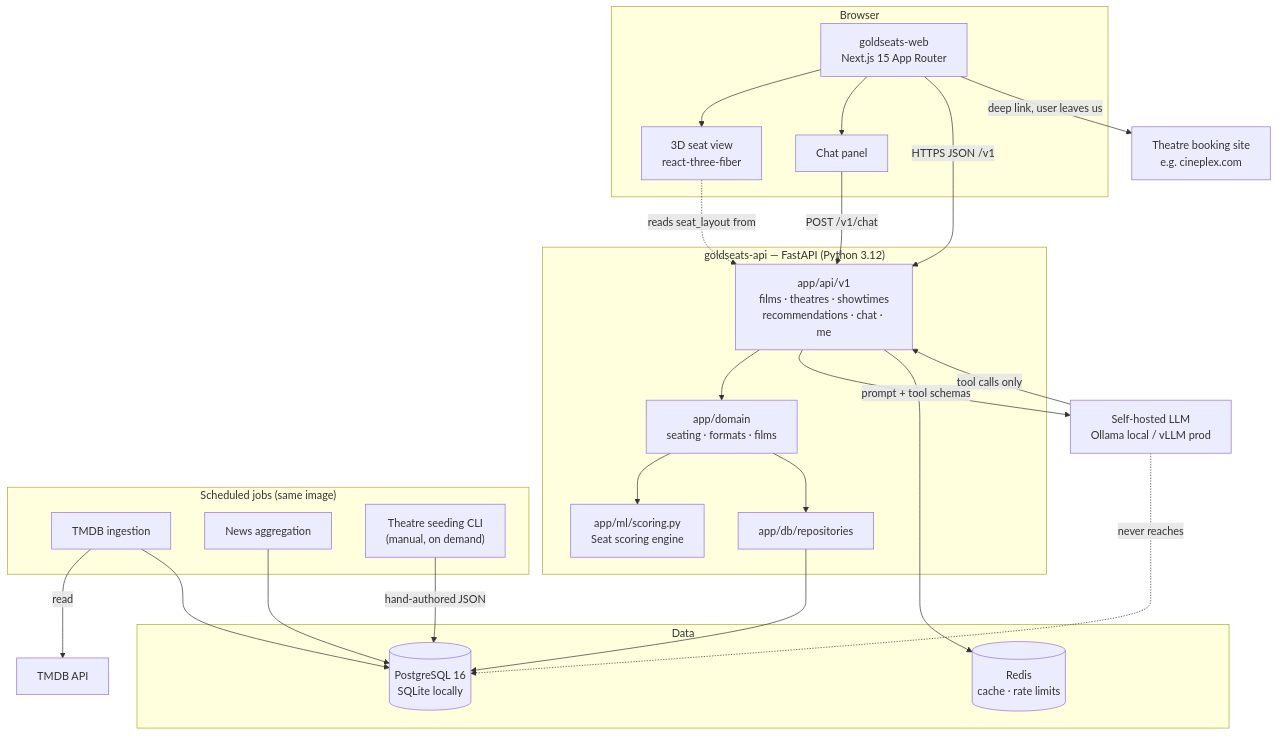
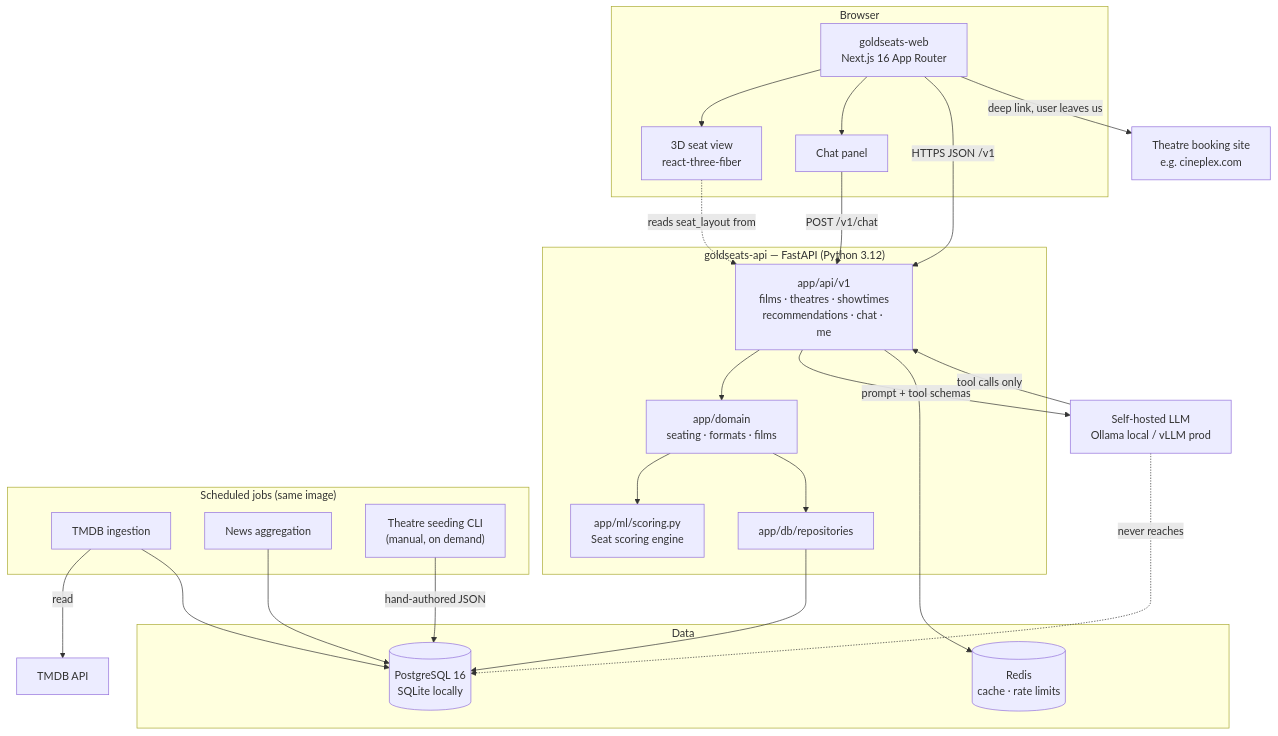
The first of 2 diagrams in architecture/overview.md (Irukkai/goldseats-docs), drawn with Mermaid before and after one commit. The commit also changed other lines of this file and 17 other files, not shown here.

````diff
--- a/architecture/overview.md
+++ b/architecture/overview.md
@@ -14,51 +14,51 @@
 ```mermaid
 flowchart TD
   subgraph client["Browser"]
-    web["goldseats-web<br/>Next.js 15 App Router"]
+    web["goldseats-web<br/>Next.js 16 App Router"]
     threeD["3D seat view<br/>react-three-fiber"]
     chatui["Chat panel"]
     web --> threeD
     web --> chatui
   end
 
   subgraph api_svc["goldseats-api — FastAPI (Python 3.12)"]
     routes["app/api/v1<br/>films · theatres · showtimes<br/>recommendations · chat · me"]
     domain["app/domain<br/>seating · formats · films"]
     scorer["app/ml/scoring.py<br/>Seat scoring engine"]
     repos["app/db/repositories"]
     routes --> domain
     domain --> scorer
     domain --> repos
   end
 
   subgraph jobs["Scheduled jobs (same image)"]
     tmdb_job["TMDB ingestion"]
     news_job["News aggregation"]
     seed_cli["Theatre seeding CLI<br/>(manual, on demand)"]
   end
 
   subgraph data["Data"]
     db[("PostgreSQL 16<br/>SQLite locally")]
     cache[("Redis<br/>cache · rate limits")]
   end
 
   llm["Self-hosted LLM<br/>Ollama local / vLLM prod"]
   tmdb_api["TMDB API"]
   theatre["Theatre booking site<br/>e.g. cineplex.com"]
 
   web -->|"HTTPS JSON /v1"| routes
   chatui -->|"POST /v1/chat"| routes
   routes -->|"prompt + tool schemas"| llm
   llm -->|"tool calls only"| routes
   llm -.->|"never reaches"| db
 
   repos --> db
   routes --> cache
   tmdb_job -->|"read"| tmdb_api
   tmdb_job --> db
   news_job --> db
   seed_cli -->|"hand-authored JSON"| db
 
   web -->|"deep link, user leaves us"| theatre
   threeD -.->|"reads seat_layout from"| routes
 ```
````
